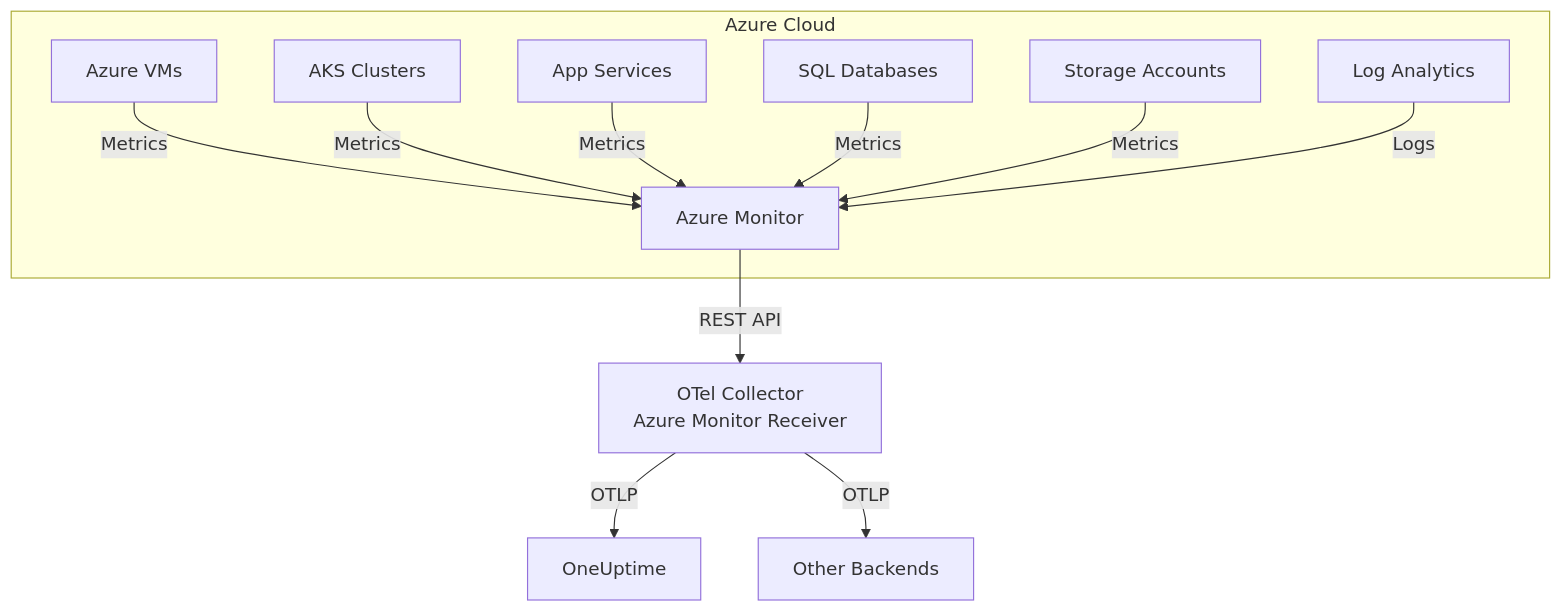
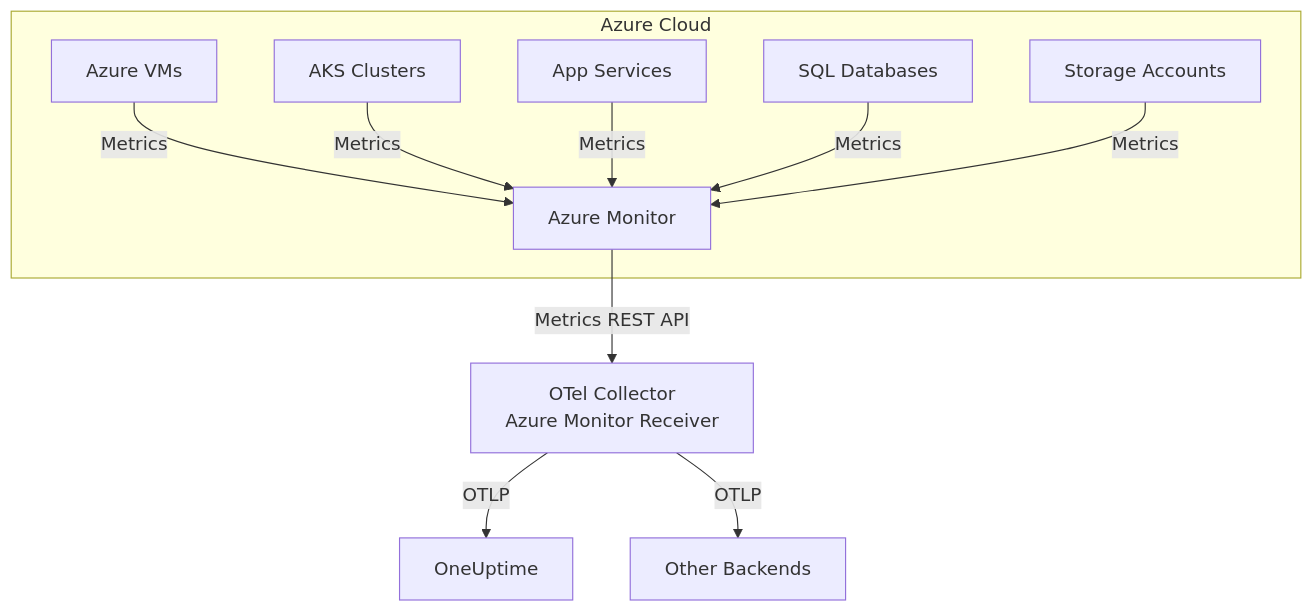
The diagram in posts/2026-02-06-azure-monitor-receiver-opentelemetry-collector/README.md (OneUptime/blog), drawn with Mermaid before and after one commit. The commit also changed other lines of this file and 2 other files, not shown here.

Commit message:
validate: 2026-02-06-azure-monitor-receiver-opentelemetry-collector

````diff
--- a/posts/2026-02-06-azure-monitor-receiver-opentelemetry-collector/README.md
+++ b/posts/2026-02-06-azure-monitor-receiver-opentelemetry-collector/README.md
@@ -44,14 +44,13 @@
 ```mermaid
 graph TB
     subgraph Azure Cloud
         A[Azure VMs] -->|Metrics| B[Azure Monitor]
         C[AKS Clusters] -->|Metrics| B
         D[App Services] -->|Metrics| B
         E[SQL Databases] -->|Metrics| B
         F[Storage Accounts] -->|Metrics| B
-        G[Log Analytics] -->|Logs| B
     end
-    B -->|REST API| H[OTel Collector<br/>Azure Monitor Receiver]
+    B -->|Metrics REST API| H[OTel Collector<br/>Azure Monitor Receiver]
     H -->|OTLP| I[OneUptime]
     H -->|OTLP| J[Other Backends]
 ```
````
